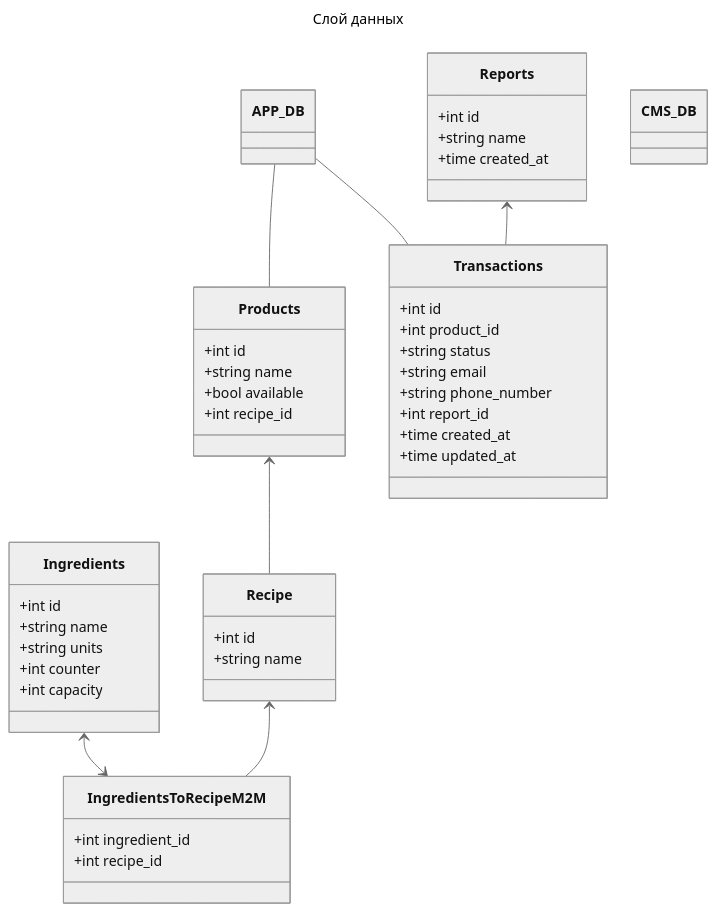
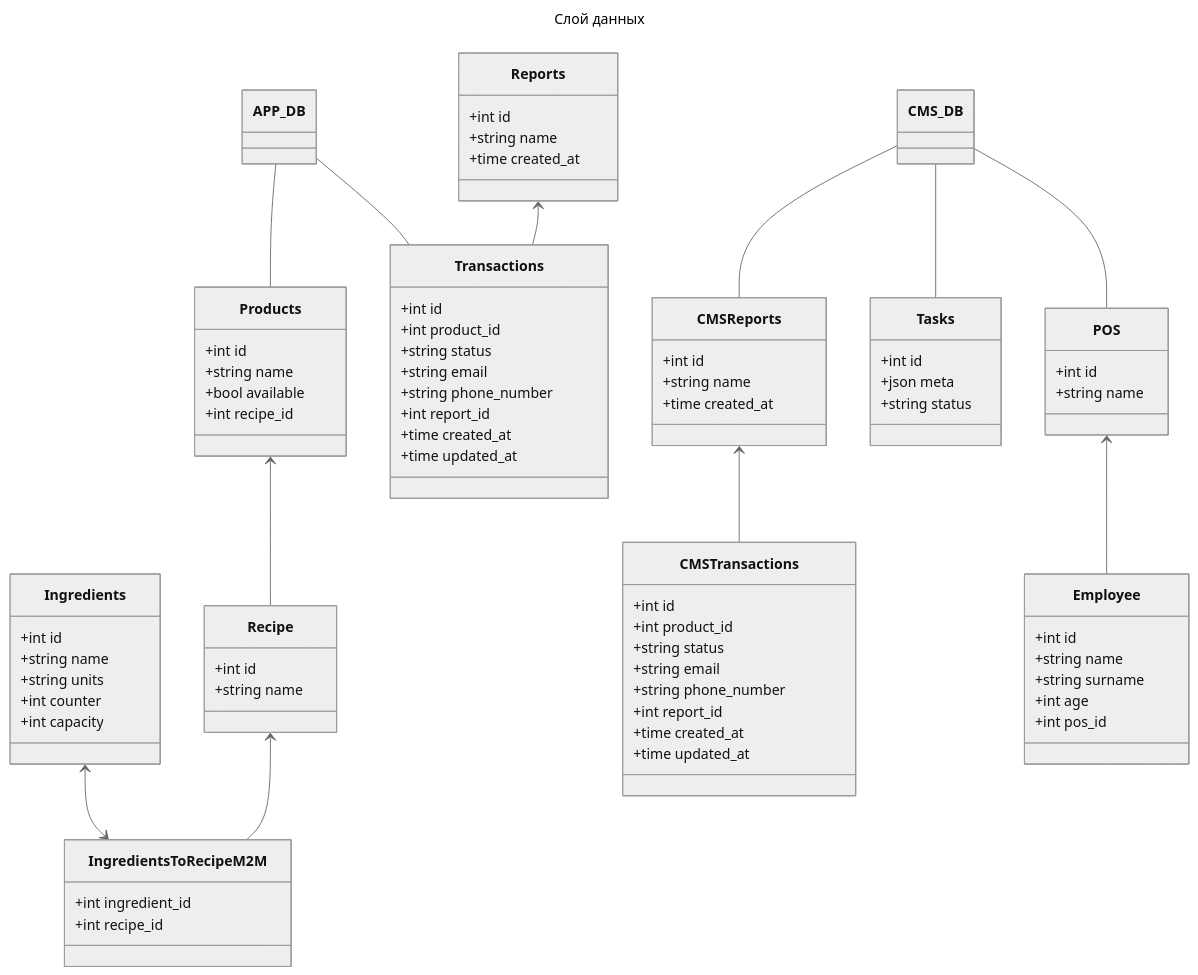
The second of 2 diagrams in homeworks/october/1/homework.md (ContinentalGuy/otus-arch), drawn with Mermaid (neutral theme) before and after one commit. The commit also changed other lines of this file, not shown here.

Commit message:
[4]: added db layer

````diff
--- a/homeworks/october/1/homework.md
+++ b/homeworks/october/1/homework.md
@@ -95,6 +95,12 @@
     Recipe <-- IngredientsToRecipeM2M
     Products <-- Recipe
     Reports <-- Transactions
+    
+    CMS_DB -- POS
+    CMS_DB -- Tasks
+    CMS_DB -- CMSReports
+    CMSReports <-- CMSTransactions
+    POS <-- Employee
     
     class APP_DB{
     }
@@ -144,4 +150,39 @@
     class CMS_DB{
     }
 
+    class CMSTransactions{
+        +int id
+        +int product_id
+        +string status
+        +string email
+        +string phone_number
+        +int report_id
+        +time created_at
+        +time updated_at
+    }
+
+    class CMSReports{
+        +int id
+        +string name
+        +time created_at
+    }
+    
+    class POS{
+        +int id
+        +string name
+    }
+    
+    class Employee{
+        +int id
+        +string name
+        +string surname
+        +int age
+        +int pos_id
+    }
+
+    class Tasks{
+        +int id
+        +json meta
+        +string status
+    }
 ```
````
